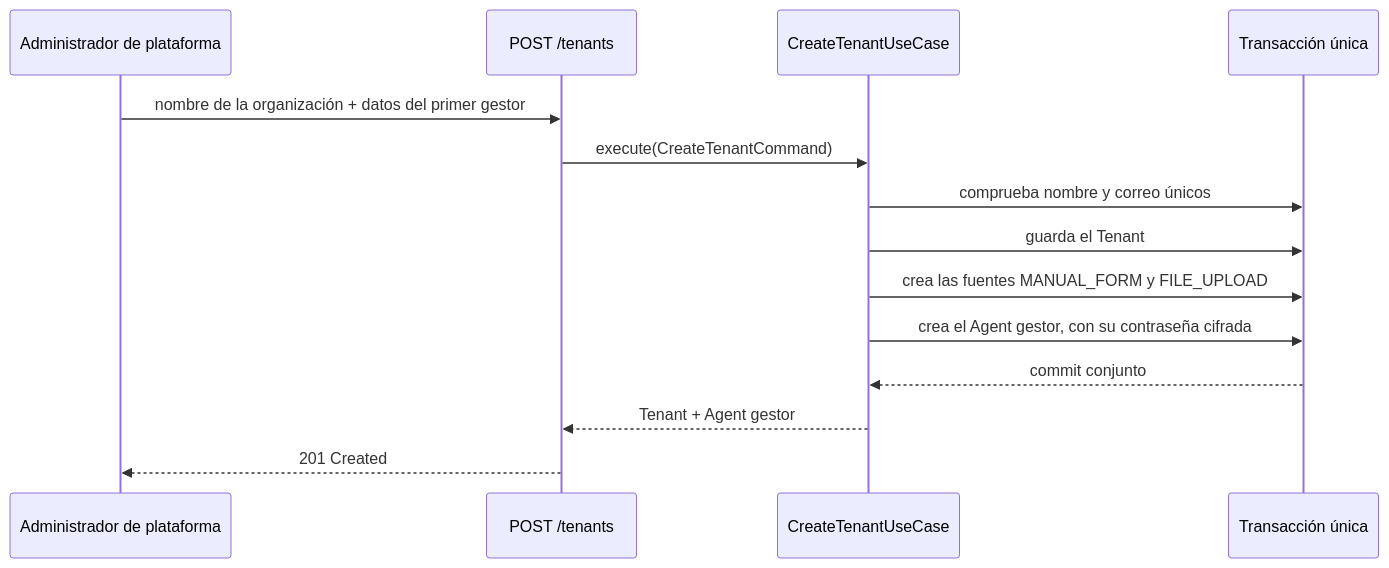
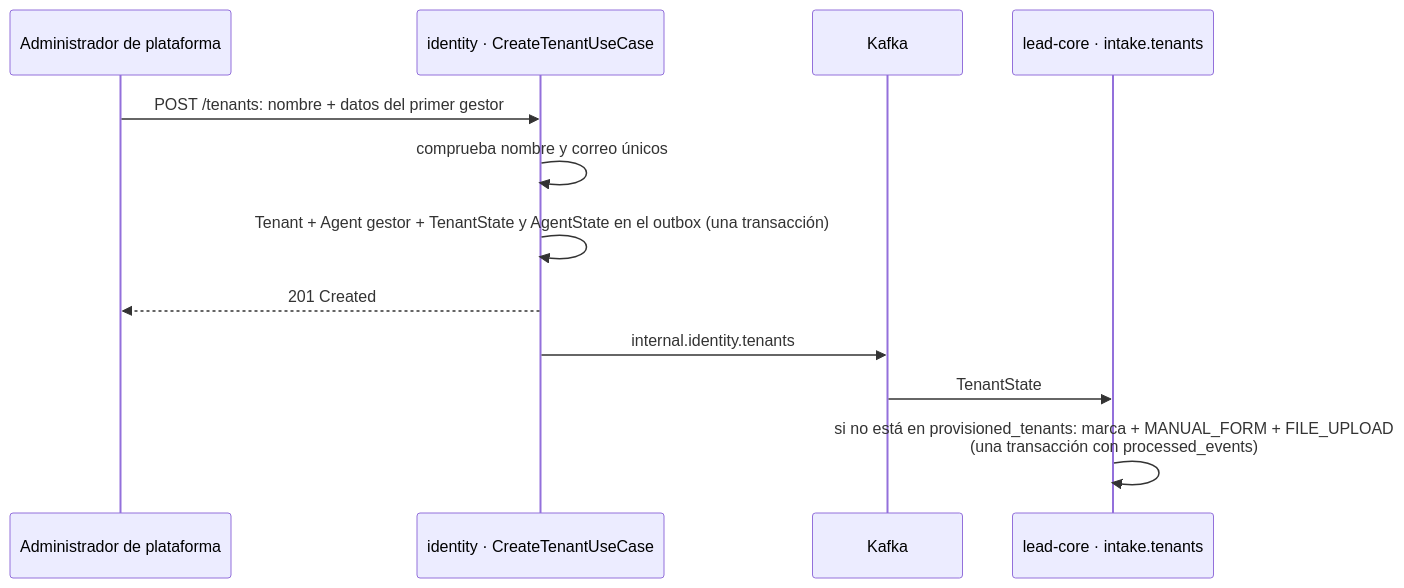
Before and after one commit to MDCIrony/leads-hexa: the diagram in docs/content/modulos/organizaciones.md, drawn with Mermaid. The commit also changed other lines of this file and 31 other files, not shown here.

````diff
--- a/docs/content/modulos/organizaciones.md
+++ b/docs/content/modulos/organizaciones.md
@@ -20,17 +32,15 @@
 ```mermaid
 sequenceDiagram
     participant A as Administrador de plataforma
-    participant API as POST /tenants
-    participant UC as CreateTenantUseCase
-    participant BD as Transacción única
+    participant ID as identity · CreateTenantUseCase
+    participant K as Kafka
+    participant LC as lead-core · intake.tenants
 
-    A->>API: nombre de la organización + datos del primer gestor
-    API->>UC: execute(CreateTenantCommand)
-    UC->>BD: comprueba nombre y correo únicos
-    UC->>BD: guarda el Tenant
-    UC->>BD: crea las fuentes MANUAL_FORM y FILE_UPLOAD
-    UC->>BD: crea el Agent gestor, con su contraseña cifrada
-    BD-->>UC: commit conjunto
-    UC-->>API: Tenant + Agent gestor
-    API-->>A: 201 Created
+    A->>ID: POST /tenants: nombre + datos del primer gestor
+    ID->>ID: comprueba nombre y correo únicos
+    ID->>ID: Tenant + Agent gestor + TenantState y AgentState en el outbox (una transacción)
+    ID-->>A: 201 Created
+    ID->>K: internal.identity.tenants
+    K->>LC: TenantState
+    LC->>LC: si no está en provisioned_tenants: marca + MANUAL_FORM + FILE_UPLOAD<br/>(una transacción con processed_events)
 ```
````
